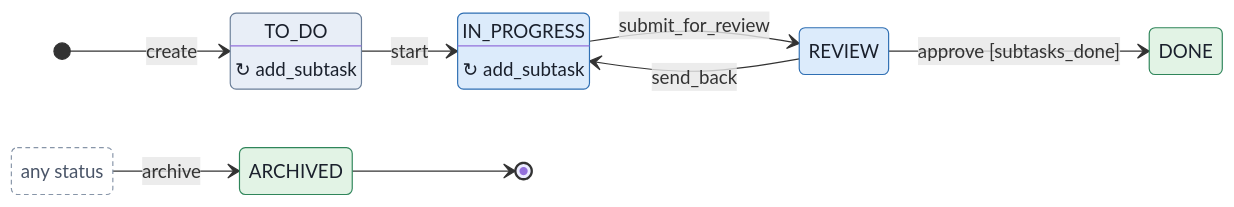
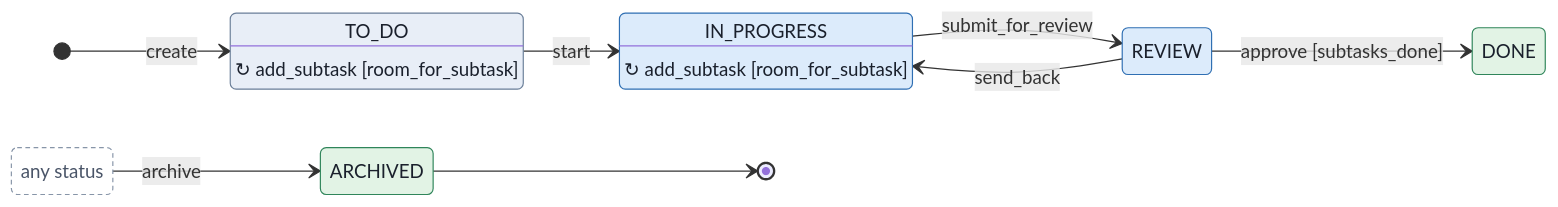
Before and after one commit to rxdu/object_flow: the tenth of 20 diagrams in docs/design/jira-flows.md, drawn with Mermaid. The commit also changed other lines of this file and 16 other files, not shown here.

First line of the commit message:
docs(design): make a flow recoverable from its description (ADR-0122)

````diff
--- a/docs/design/jira-flows.md
+++ b/docs/design/jira-flows.md
@@ -1034,25 +1093,25 @@
 ```mermaid
 %% jira_process_management.Case
 stateDiagram-v2
     direction LR
     state "TO_DO" as TO_DO
     state "IN_PROGRESS" as IN_PROGRESS
     state "any status" as any_status
     [*] --> TO_DO: create
     TO_DO --> IN_PROGRESS: start
     IN_PROGRESS --> REVIEW: submit_for_review
     REVIEW --> DONE: approve [subtasks_done]
     REVIEW --> IN_PROGRESS: send_back
     any_status --> ARCHIVED: archive
     ARCHIVED --> [*]
-    TO_DO: ↻ add_subtask
-    IN_PROGRESS: ↻ add_subtask
+    TO_DO: ↻ add_subtask [room_for_subtask]
+    IN_PROGRESS: ↻ add_subtask [room_for_subtask]
     classDef todo fill:#e8eef7,stroke:#6b7f99,color:#1a202c
     classDef in_progress fill:#dcebfb,stroke:#2f6fb3,color:#1a202c
     classDef closed fill:#e2f3e5,stroke:#2f855a,color:#1a202c
     class TO_DO todo
     class IN_PROGRESS,REVIEW in_progress
     class DONE,ARCHIVED closed
     classDef any fill:none,stroke:#8795a8,stroke-dasharray:4 3,color:#4a5568
     class any_status any
 ```
````
